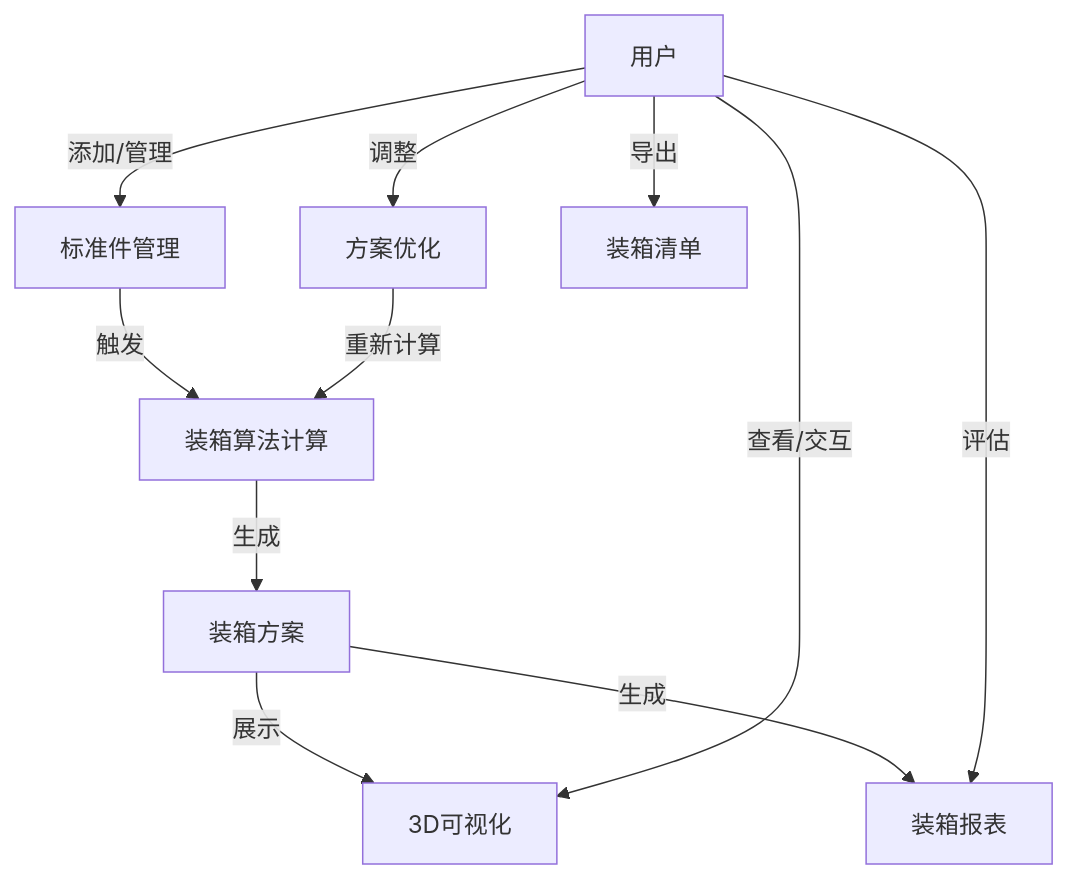
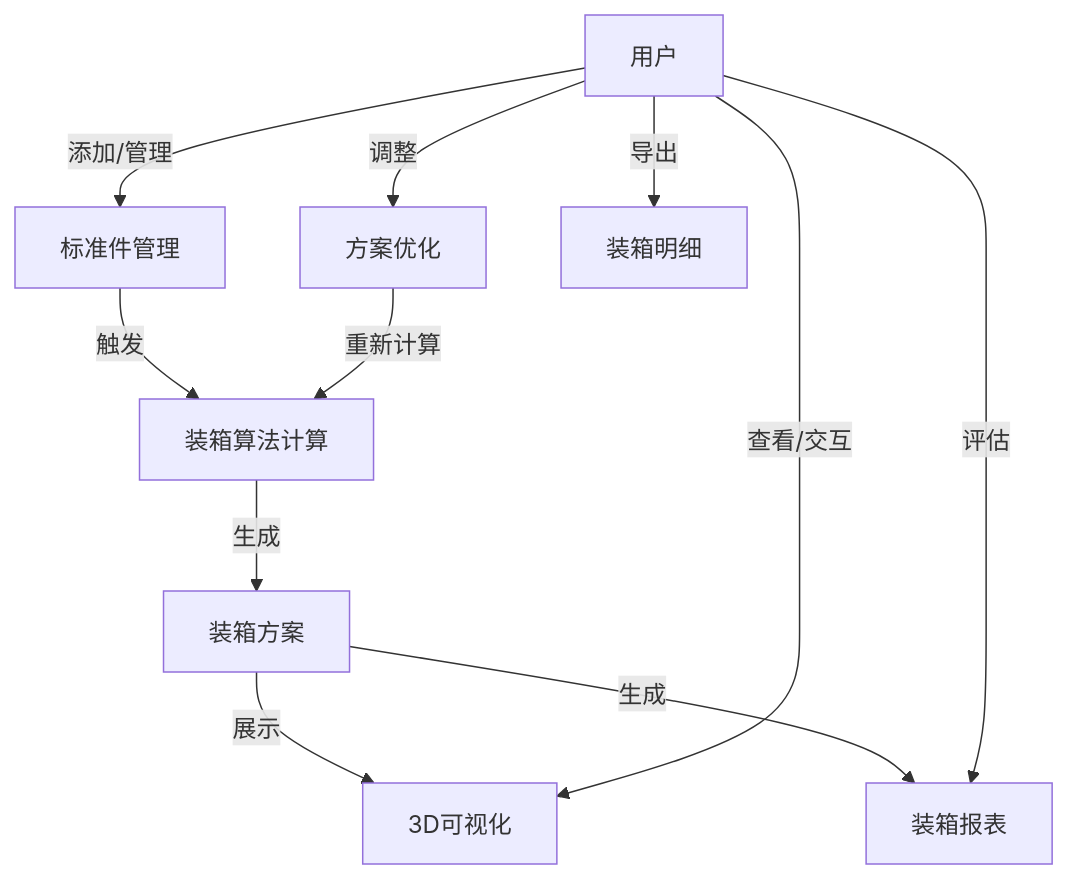
The first of 6 diagrams in doc/ch.md (MikuGeek/pack-assistant), drawn with Mermaid before and after one commit. The commit also changed other lines of this file, not shown here.

````diff
--- a/doc/ch.md
+++ b/doc/ch.md
@@ -23,13 +23,13 @@
 ```mermaid
 flowchart TD
     A[用户] -->|添加/管理| B[标准件管理]
     B -->|触发| C[装箱算法计算]
     C -->|生成| D[装箱方案]
     D -->|展示| E[3D可视化]
     D -->|生成| F[装箱报表]
     A -->|查看/交互| E
     A -->|评估| F
     A -->|调整| G[方案优化]
     G -->|重新计算| C
-    A -->|导出| H[装箱清单]
+    A -->|导出| H[装箱明细]
 ```
````
